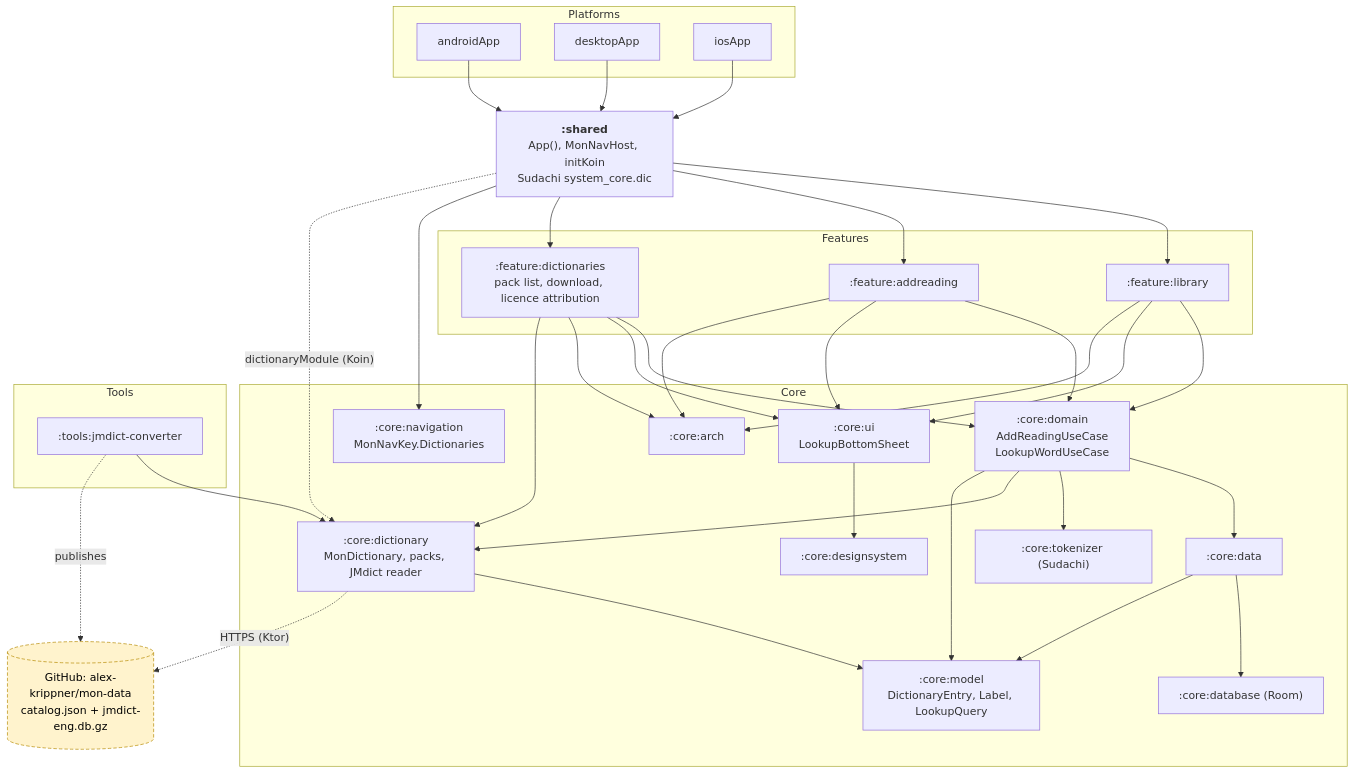
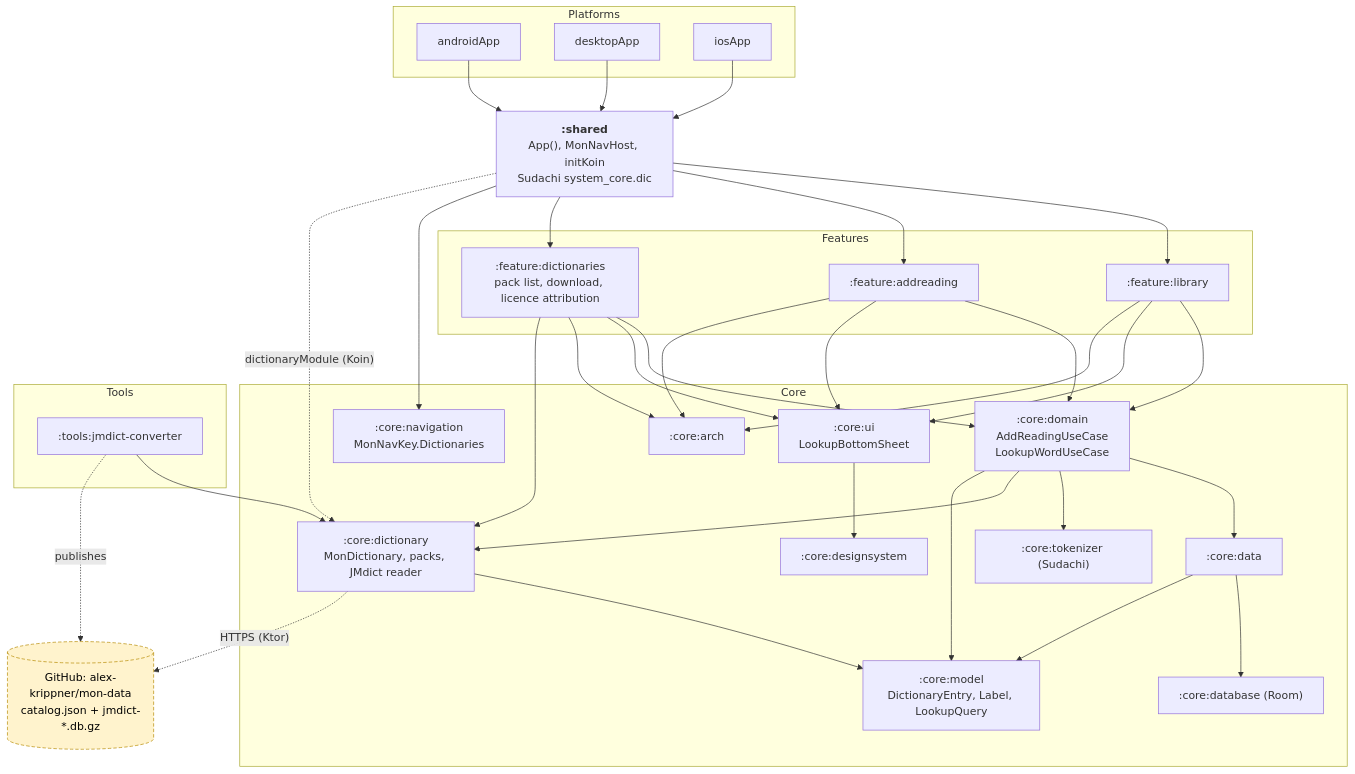
One commit to alex-krippner/mon changed the first of 2 diagrams in docs/dictionary-architecture.md. Above: the diagram before and after it, drawn with Mermaid. The commit also changed other lines of this file and 5 other files, not shown here.

````diff
--- a/docs/dictionary-architecture.md
+++ b/docs/dictionary-architecture.md
@@ -20,54 +20,54 @@
 ```mermaid
 flowchart TB
   classDef planned fill:#fff3cd,stroke:#b58900,stroke-dasharray: 5 3,color:#000
 
   subgraph Platforms
     androidApp
     desktopApp
     iosApp
   end
 
   shared["<b>:shared</b><br/>App(), MonNavHost, initKoin<br/>Sudachi system_core.dic"]
 
   subgraph Features
     library[":feature:library"]
     addreading[":feature:addreading"]
     dictionaries[":feature:dictionaries<br/>pack list, download, licence attribution"]
   end
 
   subgraph Core
     nav[":core:navigation<br/>MonNavKey.Dictionaries"]
     arch[":core:arch"]
     ui[":core:ui<br/>LookupBottomSheet"]
     ds[":core:designsystem"]
     domain[":core:domain<br/>AddReadingUseCase<br/>LookupWordUseCase"]
     data[":core:data"]
     db[":core:database (Room)"]
     tok[":core:tokenizer (Sudachi)"]
     dict[":core:dictionary<br/>MonDictionary, packs, JMdict reader"]
     model[":core:model<br/>DictionaryEntry, Label, LookupQuery"]
   end
 
   subgraph Tools
     conv[":tools:jmdict-converter"]
   end
 
-  mondata[("GitHub: alex-krippner/mon-data<br/>catalog.json + jmdict-eng.db.gz")]:::planned
+  mondata[("GitHub: alex-krippner/mon-data<br/>catalog.json + jmdict-*.db.gz")]:::planned
 
   androidApp --> shared
   desktopApp --> shared
   iosApp --> shared
   shared --> library & addreading & dictionaries & nav
   library & addreading & dictionaries --> domain
   library & addreading & dictionaries --> ui
   library & addreading & dictionaries --> arch
   dictionaries --> dict
   ui --> ds
   domain --> data & tok & dict & model
   data --> db & model
   dict --> model
   conv --> dict
   conv -. "publishes" .-> mondata
   dict -. "HTTPS (Ktor)" .-> mondata
   shared -. "dictionaryModule (Koin)" .-> dict
 ```
````
